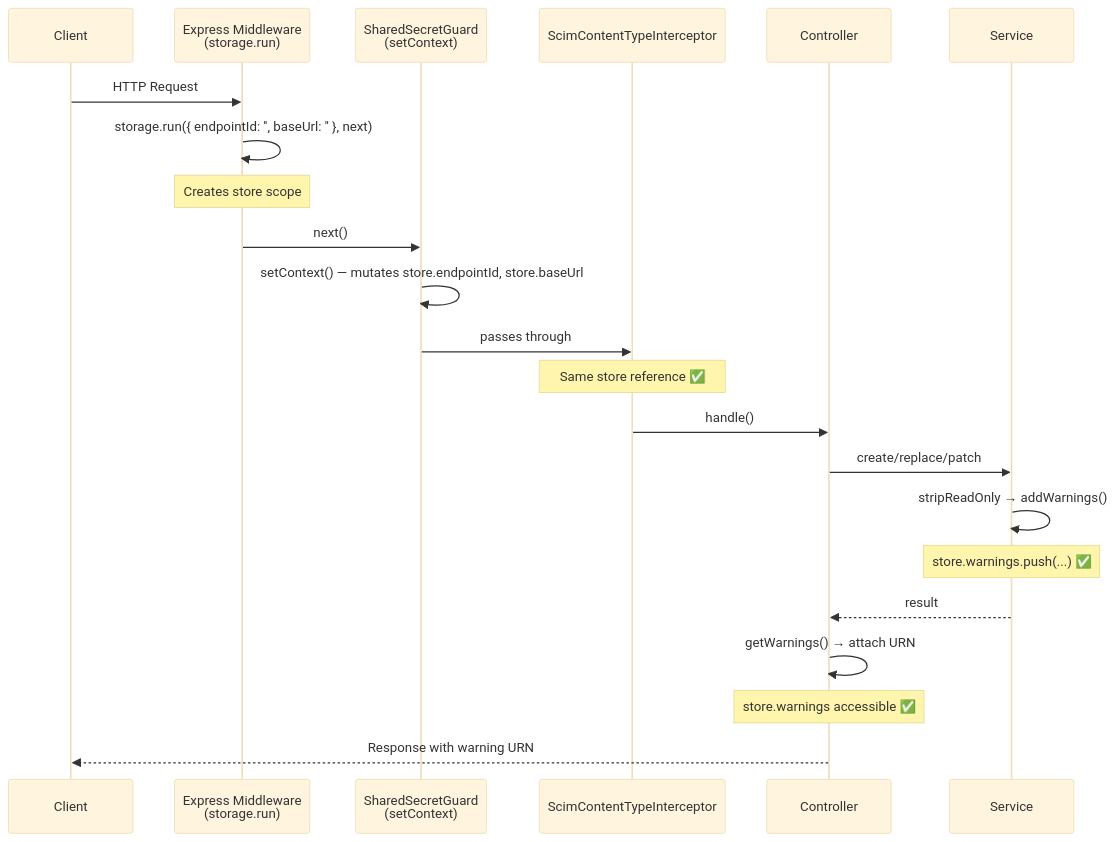
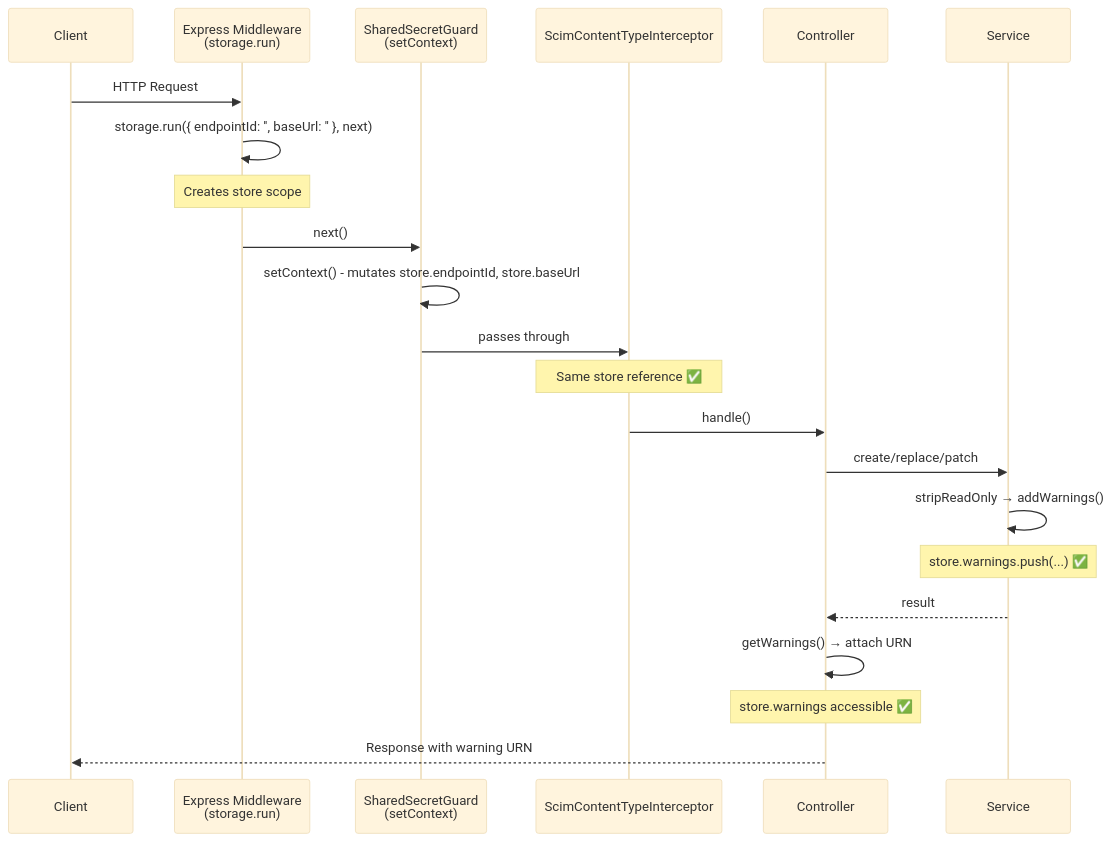
One commit to pranems/SCIMServer changed the first of 4 diagrams in docs/READONLY_ATTRIBUTE_STRIPPING_AND_WARNINGS.md. Above: the diagram before and after it, drawn with Mermaid (base theme). The commit also changed other lines of this file and 337 other files, not shown here.

````diff
--- a/docs/READONLY_ATTRIBUTE_STRIPPING_AND_WARNINGS.md
+++ b/docs/READONLY_ATTRIBUTE_STRIPPING_AND_WARNINGS.md
@@ -235,30 +235,30 @@
 ```mermaid
 sequenceDiagram
     participant Client
     participant ExpressMiddleware as Express Middleware<br>(storage.run)
     participant Guard as SharedSecretGuard<br>(setContext)
     participant Interceptor as ScimContentTypeInterceptor
     participant Controller
     participant Service
 
     Client->>ExpressMiddleware: HTTP Request
     ExpressMiddleware->>ExpressMiddleware: storage.run({ endpointId: '', baseUrl: '' }, next)
     Note over ExpressMiddleware: Creates store scope
     
     ExpressMiddleware->>Guard: next()
-    Guard->>Guard: setContext() — mutates store.endpointId, store.baseUrl
+    Guard->>Guard: setContext() - mutates store.endpointId, store.baseUrl
     
     Guard->>Interceptor: passes through
     Note over Interceptor: Same store reference ✅
     
     Interceptor->>Controller: handle()
     Controller->>Service: create/replace/patch
     Service->>Service: stripReadOnly → addWarnings()
     Note over Service: store.warnings.push(...) ✅
     
     Service-->>Controller: result
     Controller->>Controller: getWarnings() → attach URN
     Note over Controller: store.warnings accessible ✅
     
     Controller-->>Client: Response with warning URN
 ```
````
